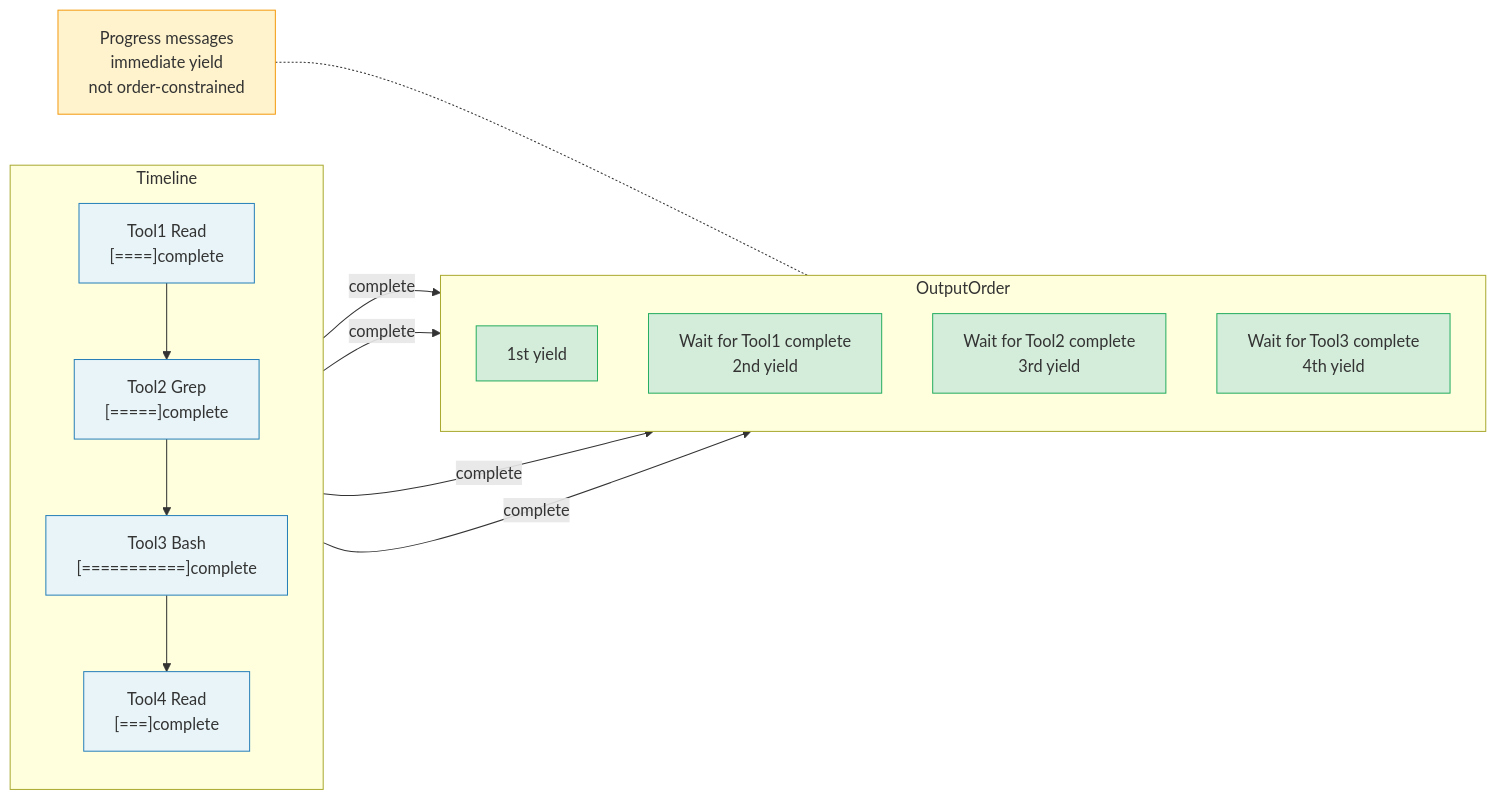
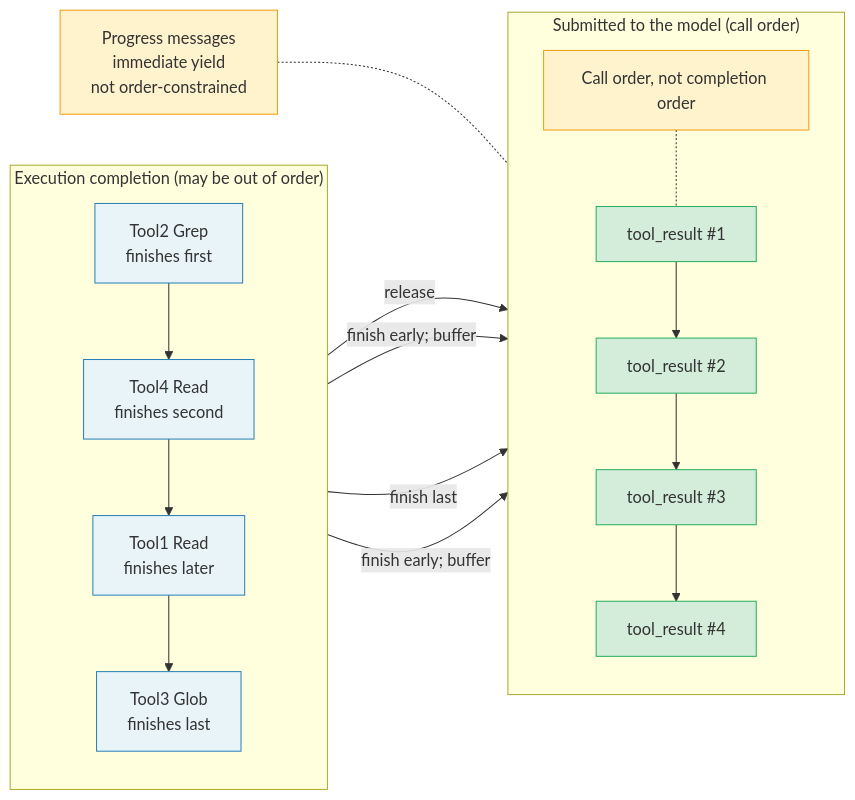
The sixth of 10 diagrams in en/Part-4-Engineering-Practice/13-Streaming-Architecture-and-Performance-Optimization.md (zhuguang-ZFG/claude-code-book), drawn with Mermaid before and after one commit. The commit also changed other lines of this file and 21 other files, not shown here.

````diff
--- a/en/Part-4-Engineering-Practice/13-Streaming-Architecture-and-Performance-Optimization.md
+++ b/en/Part-4-Engineering-Practice/13-Streaming-Architecture-and-Performance-Optimization.md
@@ -233,30 +233,30 @@
 ```mermaid
 flowchart LR
-    subgraph Timeline
+    subgraph Completion["Execution completion (may be out of order)"]
         direction TB
-        T1["Tool1 Read<br/>[====]complete"] --> T2["Tool2 Grep<br/>[=====]complete"] --> T3["Tool3 Bash<br/>[===========]complete"] --> T4["Tool4 Read<br/>[===]complete"]
+        T2["Tool2 Grep<br/>finishes first"] --> T4["Tool4 Read<br/>finishes second"] --> T1["Tool1 Read<br/>finishes later"] --> T3["Tool3 Glob<br/>finishes last"]
     end
 
-    subgraph OutputOrder
+    subgraph Transcript["Submitted to the model (call order)"]
         direction TB
-        Y1["1st yield"]
-        Y2["Wait for Tool1 complete<br/>2nd yield"]
-        Y3["Wait for Tool2 complete<br/>3rd yield"]
-        Y4["Wait for Tool3 complete<br/>4th yield"]
+        Y1["tool_result #1"] --> Y2["tool_result #2"]
+        Y2 --> Y3["tool_result #3"]
+        Y3 --> Y4["tool_result #4"]
+        ORDER["Call order, not completion order"] -.- Y1
     end
 
     P["Progress messages<br/>immediate yield<br/>not order-constrained"] -.- Y1
 
-    T1 -->|"complete"| Y1
-    T2 -->|"complete"| Y2
-    T3 -->|"complete"| Y3
-    T4 -->|"complete"| Y4
+    T1 -->|"release"| Y1
+    T2 -->|"finish early; buffer"| Y2
+    T3 -->|"finish last"| Y3
+    T4 -->|"finish early; buffer"| Y4
 
     classDef toolNode fill:#e8f4f8,stroke:#2980b9,stroke-width:1px
     classDef yieldNode fill:#d4edda,stroke:#27ae60,stroke-width:1px
     classDef progressNode fill:#fff3cd,stroke:#f39c12,stroke-width:1px
 
     class T1,T2,T3,T4 toolNode
     class Y1,Y2,Y3,Y4 yieldNode
-    class P progressNode
+    class P,ORDER progressNode
 ```
````
